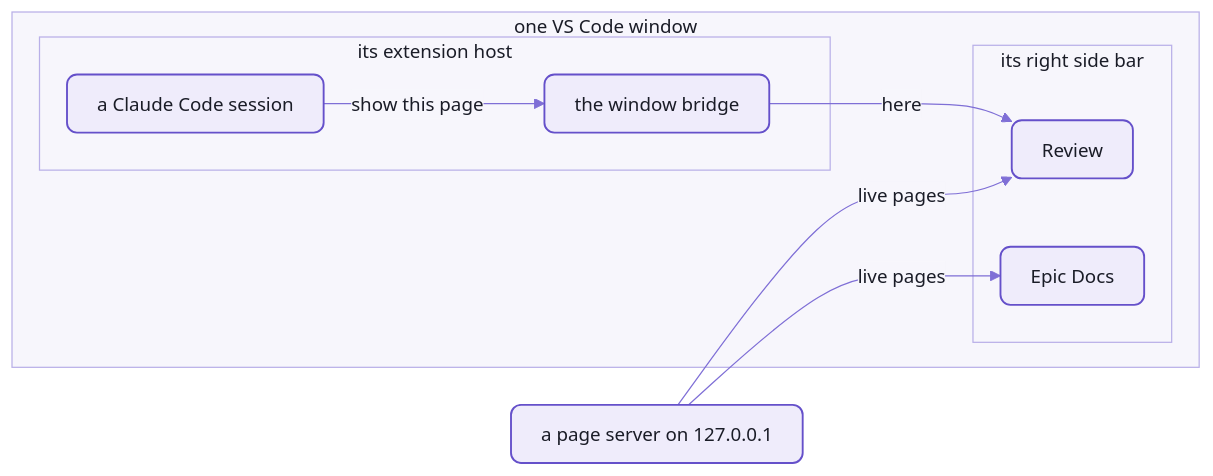
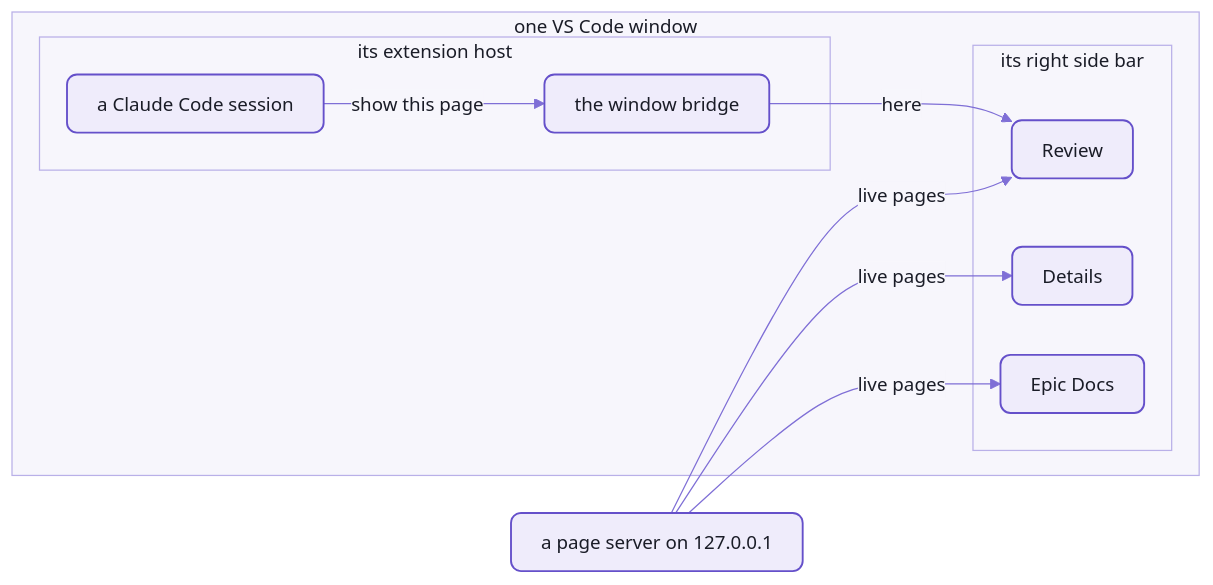
Before and after one commit to spell-app/spell: the first of 2 diagrams in epic/README-vscode.md, drawn with Mermaid. The commit also changed other lines of this file and 19 other files, not shown here.

````diff
--- a/epic/README-vscode.md
+++ b/epic/README-vscode.md
@@ -22,21 +23,23 @@
 ```mermaid
 %%{init: {"theme":"base","themeVariables":{"fontFamily":"-apple-system, BlinkMacSystemFont, Segoe UI, Helvetica, Arial, sans-serif","fontSize":"15px","primaryColor":"#EFECFB","primaryBorderColor":"#6550CA","primaryTextColor":"#1A1C27","secondaryColor":"#F4F1E9","tertiaryColor":"#F7F6FC","lineColor":"#7F6FD6","textColor":"#7F6FD6","clusterBkg":"#F7F6FC","clusterBorder":"#B9B0E8","titleColor":"#1A1C27","edgeLabelBackground":"#F7F6FC","actorBkg":"#EFECFB","actorBorder":"#6550CA","actorTextColor":"#1A1C27","actorLineColor":"#9C90DE","signalColor":"#7F6FD6","signalTextColor":"#7F6FD6","labelBoxBkgColor":"#EFECFB","labelBoxBorderColor":"#6550CA","labelTextColor":"#1A1C27","loopTextColor":"#7F6FD6","noteBkgColor":"#F1E7D4","noteBorderColor":"#C9B48A","noteTextColor":"#1A1C27","activationBkgColor":"#DCD6F7","activationBorderColor":"#6550CA","sequenceNumberColor":"#FFFFFF"},"flowchart":{"curve":"basis","padding":12,"nodeSpacing":40,"rankSpacing":44}}}%%
 flowchart LR
   server["a page server on 127.0.0.1"]
   subgraph win["one VS Code window"]
     subgraph host["its extension host"]
       session["a Claude Code session"]
       bridge["the window bridge"]
     end
     subgraph bar["its right side bar"]
       review["Review"]
+      details["Details"]
       docs["Epic Docs"]
     end
   end
   server -- "live pages" --> review
+  server -- "live pages" --> details
   server -- "live pages" --> docs
   session -- "show this page" --> bridge
   bridge -- "here" --> review
   %% the Spell look:  yarn mermaid:pretty
   classDef default fill:#EFECFB,stroke:#6550CA,stroke-width:1.5px,color:#1A1C27,rx:8px,ry:8px
 ```
````
